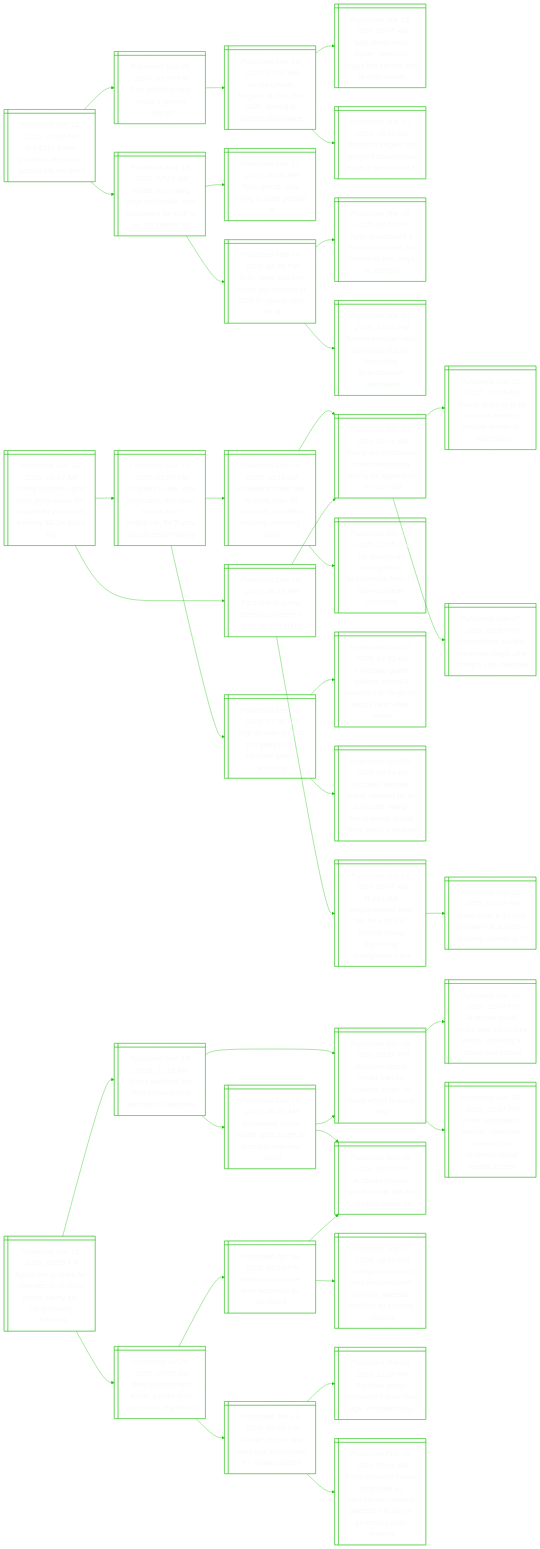
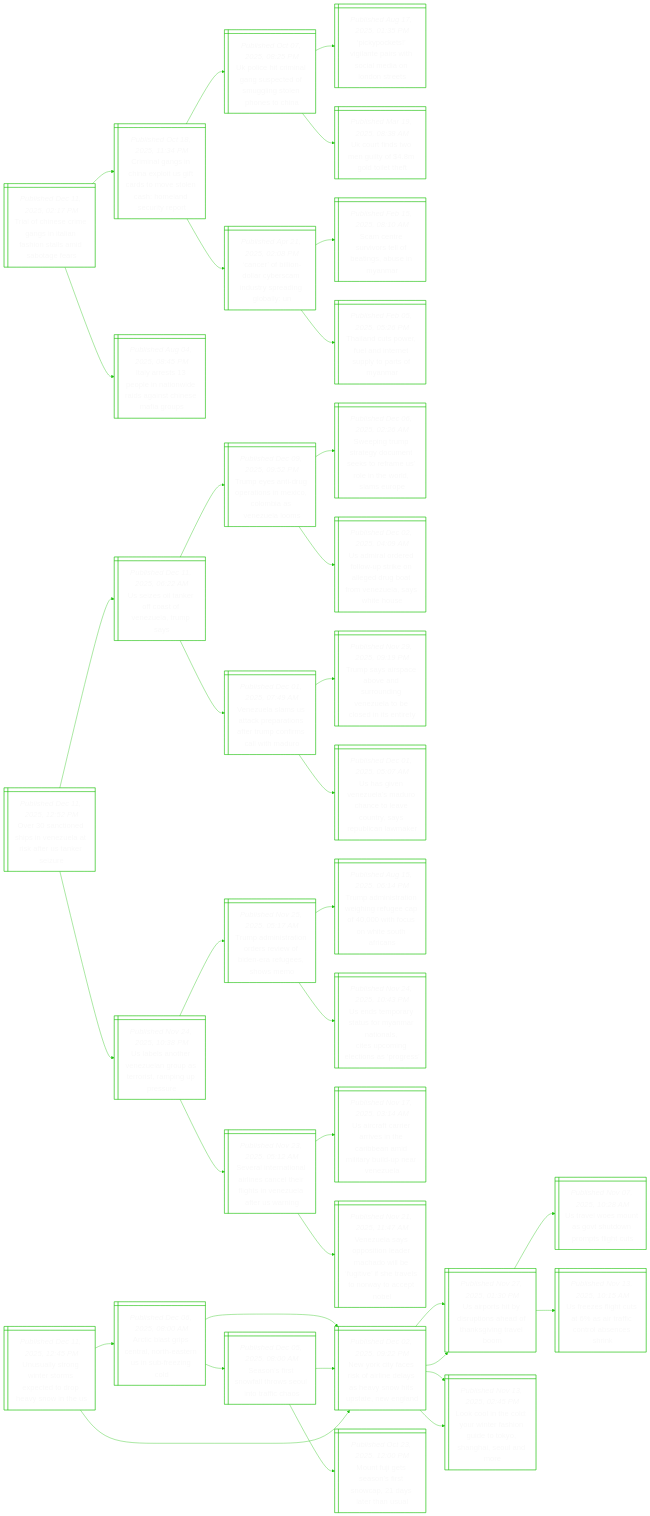
Before and after one commit to notJmes/notJmes: the diagram in README.md, drawn with Mermaid. The commit also changed other lines of this file, not shown here.

````diff
--- a/README.md
+++ b/README.md
@@ -16,124 +16,118 @@
 flowchart LR
 classDef txtsize font-size:20px;
 
-Alpecgnts@{ shape: win-pane, label: "_Published Dec 11, 2025, 10:40 AM_
-Ai’s $517 billion problem: are chips getting old too fast?" }
-CygNasa@{ shape: win-pane, label: "_Published Mar 21, 2024, 05:57 PM_
-Can anything stop nvidia’s jensen huang?" }
-NaiapiBnxda@{ shape: win-pane, label: "_Published Mar 19, 2024, 07:50 AM_
-Nvidia unveils flagship ai chip, the b200, aiming to extend dominance" }
-WteiituFries@{ shape: win-pane, label: "_Published Mar 19, 2024, 06:05 AM_
-Wall street ends higher, investors juggle fed nerves with ai enthusiasm" }
-Msisoseveni@{ shape: win-pane, label: "_Published Mar 15, 2024, 08:40 AM_
-Microsoft singles out google’s competitive edge in generative ai" }
-Nauaieltdhntel@{ shape: win-pane, label: "_Published Mar 19, 2025, 07:21 AM_
-Nvidia ceo huang says chipmaker well-positioned for shift in ai, but shares fall" }
-TisrtllI@{ shape: win-pane, label: "_Published Mar 17, 2025, 06:00 PM_
-Tech giants, stop trying to build godlike ai" }
-TaunrohnaeI@{ shape: win-pane, label: "_Published Mar 10, 2025, 02:35 PM_
-Tsmc sales quicken in first two months of 2025 in upbeat note for ai" }
-Tnmhrmowtaig@{ shape: win-pane, label: "_Published Mar 06, 2025, 08:50 PM_
-Tsmc investment a ‘historic moment’ for taiwan-us ties, says lai ching-te" }
-TnsansMoAcern@{ shape: win-pane, label: "_Published Mar 04, 2025, 12:40 PM_
-Taiwan minister says concerns of tsmc becoming americanised overblown" }
+Tonranissssaa@{ shape: win-pane, label: "_Published Dec 11, 2025, 02:17 PM_
+Trial of chinese crime gangs in italian fashion stalls amid sabotage fears" }
+CnnCeiirmtconurt@{ shape: win-pane, label: "_Published Oct 18, 2025, 11:34 PM_
+Criminal gangs in china exploit us gift cards to move stolen cash: homeland security report" }
+Uitiasemiohtn@{ shape: win-pane, label: "_Published Oct 07, 2025, 08:25 PM_
+Uk police hit criminal gang suspected of smuggling stolen phones to china" }
+Pptiesslants@{ shape: win-pane, label: "_Published Aug 17, 2025, 01:35 PM_
+‘pickypockets!’ vigilante pairs with social media on london streets" }
+Urdmifdef@{ shape: win-pane, label: "_Published Mar 19, 2025, 08:38 AM_
+Uk court finds two men guilty of $4.8m gold toilet theft" }
+CrldrritrnbU@{ shape: win-pane, label: "_Published Apr 21, 2025, 02:08 PM_
+‘cancer’ of billion-dollar cyberscam industry spreading globally: un" }
+SesvebnuMa@{ shape: win-pane, label: "_Published Feb 15, 2025, 08:10 AM_
+Scam centre survivors tell of beatings, abuse in myanmar" }
+Tatelneppon@{ shape: win-pane, label: "_Published Feb 05, 2025, 05:26 PM_
+Thailand cuts power, fuel and internet supply to parts of myanmar" }
+Iatpnnrasnar@{ shape: win-pane, label: "_Published Aug 04, 2025, 08:45 PM_
+Italy arrests 13 people in nationwide raids against chinese mafia groups" }
 
-Alpecgnts:::txtsize --> CygNasa:::txtsize
-CygNasa:::txtsize --> NaiapiBnxda:::txtsize
-NaiapiBnxda:::txtsize --> WteiituFries:::txtsize
-NaiapiBnxda:::txtsize --> Msisoseveni:::txtsize
-Alpecgnts:::txtsize --> Nauaieltdhntel:::txtsize
-Nauaieltdhntel:::txtsize --> TisrtllI:::txtsize
-Nauaieltdhntel:::txtsize --> TaunrohnaeI:::txtsize
-TaunrohnaeI:::txtsize --> Tnmhrmowtaig:::txtsize
-TaunrohnaeI:::txtsize --> TnsansMoAcern:::txtsize
+Tonranissssaa:::txtsize --> CnnCeiirmtconurt:::txtsize
+CnnCeiirmtconurt:::txtsize --> Uitiasemiohtn:::txtsize
+Uitiasemiohtn:::txtsize --> Pptiesslants:::txtsize
+Uitiasemiohtn:::txtsize --> Urdmifdef:::txtsize
+CnnCeiirmtconurt:::txtsize --> CrldrritrnbU:::txtsize
+CrldrritrnbU:::txtsize --> SesvebnuMa:::txtsize
+CrldrritrnbU:::txtsize --> Tatelneppon:::txtsize
+Tonranissssaa:::txtsize --> Iatpnnrasnar:::txtsize
 
-Tlhldrfpeahrra@{ shape: win-pane, label: "_Published Dec 11, 2025, 09:47 AM_
-Trump launches gold card programme for expedited visas with a nearly $1.3m price tag" }
-UnsAisuvoogeeceiy@{ shape: win-pane, label: "_Published Dec 10, 2025, 05:50 PM_
-Us plans to ask esta applicants, including visitors from singapore, for 5-year social media history" }
-Ueaaoansletry@{ shape: win-pane, label: "_Published Dec 05, 2025, 10:11 AM_
-Us widens travel ban to more than 30 countries, homeland security secretary says" }
-TaitrectfpnHa@{ shape: win-pane, label: "_Published Dec 04, 2025, 08:25 AM_
-Trump administration orders enhanced vetting for applicants of h-1b visa" }
-Uslgolirnpoi@{ shape: win-pane, label: "_Published Dec 03, 2025, 10:35 AM_
-Us pauses all immigration applications from 19 non-european countries" }
-Anlnintldt@{ shape: win-pane, label: "_Published Dec 03, 2025, 07:30 AM_
-Afghan man pleads not guilty in us national guard shooting" }
-Nnalsiydttteiu@{ shape: win-pane, label: "_Published Nov 27, 2025, 04:33 AM_
-2 national guard soldiers critically wounded in ‘targeted’ attack near white house" }
-AeiGakcmrgmtairgo@{ shape: win-pane, label: "_Published Nov 29, 2025, 09:44 AM_
-Accused national guard attacker faces us murder charge; trump wants to halt ‘third world’ migration" }
-Fhrecrvvu@{ shape: win-pane, label: "_Published Dec 10, 2025, 08:45 PM_
-Fact-check group ‘deeply concerned’ over us visa curbs" }
-TaitrectfpnHa@{ shape: win-pane, label: "_Published Dec 04, 2025, 08:25 AM_
-Trump administration orders enhanced vetting for applicants of h-1b visa" }
-Tddisepooes@{ shape: win-pane, label: "_Published Nov 12, 2025, 10:39 AM_
-Trump defends h-1b visas as needed despite moves to raise costs" }
-Innuemrfrvvu@{ shape: win-pane, label: "_Published Nov 17, 2025, 02:30 PM_
-International student enrolment drops after trump’s visa overhaul" }
-HlgeetUdtmhniil@{ shape: win-pane, label: "_Published Oct 13, 2025, 06:00 AM_
-H-1b1 still singaporeans’ best bet for a us job, despite trump tightening immigration rules" }
-Wsvrmdspgt@{ shape: win-pane, label: "_Published Sep 21, 2025, 03:45 PM_
-What is us’ h-1b visa programme and how is trump changing it?" }
+Oaohnzakrnee@{ shape: win-pane, label: "_Published Dec 11, 2025, 12:52 PM_
+Over 30 sanctioned ships in venezuela at risk after us tanker seizure" }
+Uzlecoeap@{ shape: win-pane, label: "_Published Dec 11, 2025, 06:22 AM_
+Us seizes oil tanker off coast of venezuela, trump says" }
+TenurneCbVuo@{ shape: win-pane, label: "_Published Dec 09, 2025, 09:52 PM_
+Trump eyes anti-drug operations in mexico, colombia as venezuela looms" }
+Siurymeoarnolu@{ shape: win-pane, label: "_Published Dec 06, 2025, 02:26 AM_
+Sweeping trump strategy document seeks to reframe us’ role in the world, slams europe" }
+Uirdotoeramzsho@{ shape: win-pane, label: "_Published Dec 02, 2025, 04:09 AM_
+Us admiral ordered follow-up strike on alleged drug boat from venezuela, says white house" }
+VulScpifromlMo@{ shape: win-pane, label: "_Published Dec 01, 2025, 07:49 AM_
+Venezuela slams us attack preparations after trump confirms call with maduro" }
+Tsicvsugztliee@{ shape: win-pane, label: "_Published Nov 29, 2025, 09:19 PM_
+Trump says airspace above and surrounding venezuela to be closed in its entirety" }
+UgVuMoceoyRllk@{ shape: win-pane, label: "_Published Dec 01, 2025, 05:07 AM_
+Us has given venezuela’s maduro chance to leave country, says republican lawmaker" }
+UeoVugartipu@{ shape: win-pane, label: "_Published Nov 24, 2025, 10:38 PM_
+Us labels another venezuelan group as terrorist, ramping up pressure" }
+Taitrrwdaghe@{ shape: win-pane, label: "_Published Nov 25, 2025, 05:17 AM_
+Trump administration orders review of biden-era refugees, shows memo" }
+TaitenuaicwSAa@{ shape: win-pane, label: "_Published Aug 15, 2025, 06:14 PM_
+Trump administration weighing refugee cap of 40,000 with focus on white south africans" }
+Usossyrocuienrs@{ shape: win-pane, label: "_Published Nov 24, 2025, 10:43 PM_
+Us ends temporary status for myanmar nationals, cites upcoming elections as ‘progress’" }
+Saeiannhlsnleag@{ shape: win-pane, label: "_Published Nov 23, 2025, 05:12 AM_
+Several international airlines cancel their flights in venezuela after us warning" }
+Ucceinaeiiburz@{ shape: win-pane, label: "_Published Nov 17, 2025, 03:14 AM_
+Us aircraft carrier arrives in the caribbean amid military build-up near venezuela" }
+Vuapiaaobiitloteb@{ shape: win-pane, label: "_Published Nov 21, 2025, 11:47 AM_
+Venezuela says opposition leader machado will be ‘fugitive’ if she travels to norway to accept nobel" }
 
-Tlhldrfpeahrra:::txtsize --> UnsAisuvoogeeceiy:::txtsize
-UnsAisuvoogeeceiy:::txtsize --> Ueaaoansletry:::txtsize
-Ueaaoansletry:::txtsize --> TaitrectfpnHa:::txtsize
-Ueaaoansletry:::txtsize --> Uslgolirnpoi:::txtsize
-UnsAisuvoogeeceiy:::txtsize --> Anlnintldt:::txtsize
-Anlnintldt:::txtsize --> Nnalsiydttteiu:::txtsize
-Anlnintldt:::txtsize --> AeiGakcmrgmtairgo:::txtsize
-Tlhldrfpeahrra:::txtsize --> Fhrecrvvu:::txtsize
-Fhrecrvvu:::txtsize --> TaitrectfpnHa:::txtsize
-TaitrectfpnHa:::txtsize --> Tddisepooes:::txtsize
-TaitrectfpnHa:::txtsize --> Innuemrfrvvu:::txtsize
-Fhrecrvvu:::txtsize --> HlgeetUdtmhniil:::txtsize
-HlgeetUdtmhniil:::txtsize --> Wsvrmdspgt:::txtsize
+Oaohnzakrnee:::txtsize --> Uzlecoeap:::txtsize
+Uzlecoeap:::txtsize --> TenurneCbVuo:::txtsize
+TenurneCbVuo:::txtsize --> Siurymeoarnolu:::txtsize
+TenurneCbVuo:::txtsize --> Uirdotoeramzsho:::txtsize
+Uzlecoeap:::txtsize --> VulScpifromlMo:::txtsize
+VulScpifromlMo:::txtsize --> Tsicvsugztliee:::txtsize
+VulScpifromlMo:::txtsize --> UgVuMoceoyRllk:::txtsize
+Oaohnzakrnee:::txtsize --> UeoVugartipu:::txtsize
+UeoVugartipu:::txtsize --> Taitrrwdaghe:::txtsize
+Taitrrwdaghe:::txtsize --> TaitenuaicwSAa:::txtsize
+Taitrrwdaghe:::txtsize --> Usossyrocuienrs:::txtsize
+UeoVugartipu:::txtsize --> Saeiannhlsnleag:::txtsize
+Saeiannhlsnleag:::txtsize --> Ucceinaeiiburz:::txtsize
+Saeiannhlsnleag:::txtsize --> Vuapiaaobiitloteb:::txtsize
 
-ACsonnilaBipcc@{ shape: win-pane, label: "_Published Dec 11, 2025, 09:25 AM_
-Apple ceo pushes for changes in us child online safety bill, citing privacy concerns" }
-Wwesnaisita@{ shape: win-pane, label: "_Published Dec 10, 2025, 11:15 AM_
-World watches first teen social media ban start in australia" }
-Aaombrdnafils@{ shape: win-pane, label: "_Published Dec 09, 2025, 09:32 PM_
-Australia social media ban for children under 16 takes effect in world first" }
-Aaombtkeagbaw@{ shape: win-pane, label: "_Published Dec 09, 2025, 12:07 PM_
-Australia social media ban set to take effect, sparking a global crackdown" }
-FulEetmocromas@{ shape: win-pane, label: "_Published Dec 09, 2025, 12:37 PM_
-From australia to europe, countries move to curb children’s social media access" }
-Aneaisesint@{ shape: win-pane, label: "_Published Dec 10, 2025, 08:20 AM_
-Alternative social media apps surge as australia teen ban starts" }
-Aaaslaolu@{ shape: win-pane, label: "_Published Nov 28, 2024, 08:33 PM_
-Australia passes social media ban for children under 16" }
-Aaombrdnafils@{ shape: win-pane, label: "_Published Dec 09, 2025, 09:32 PM_
-Australia social media ban for children under 16 takes effect in world first" }
-MlsAGeaegt@{ shape: win-pane, label: "_Published Jul 26, 2025, 07:59 AM_
-Meta clashes with apple, google over age check legislation" }
-MootctFo@{ shape: win-pane, label: "_Published Apr 08, 2025, 07:15 PM_
-Meta to introduce teen accounts for facebook" }
-Igounuiiptnsryt@{ shape: win-pane, label: "_Published Sep 17, 2024, 08:50 PM_
-Instagram rolls out teen accounts with privacy, parental controls as scrutiny mounts" }
-Aaaslaolu@{ shape: win-pane, label: "_Published Nov 28, 2024, 08:33 PM_
-Australia passes social media ban for children under 16" }
-Gecpeecnncn@{ shape: win-pane, label: "_Published Jun 13, 2025, 07:40 PM_
-Google rejects app store age verification for online content" }
-Puesscrecn@{ shape: win-pane, label: "_Published Jun 03, 2025, 11:16 PM_
-Pornhub owner pressures france over age verification law" }
-Pnaigduootnlitnsr@{ shape: win-pane, label: "_Published Feb 09, 2025, 05:00 AM_
-Porn on social media disguised as educational content; parents’ role key in protecting kids: experts" }
+UatwrmetpyiU@{ shape: win-pane, label: "_Published Dec 11, 2025, 12:45 PM_
+Unusually strong winter storms expected to drop heavy snow in the us" }
+ActsrrsUuec@{ shape: win-pane, label: "_Published Dec 06, 2025, 08:00 AM_
+Arctic blast grips central, north-eastern us in sub-freezing cold" }
+NrysoleavwutEn@{ shape: win-pane, label: "_Published Dec 02, 2025, 09:22 PM_
+New york city faces risk of airline delays as heavy snow hits upstate, new england" }
+Uphdpsdaitl@{ shape: win-pane, label: "_Published Nov 27, 2025, 01:30 PM_
+Us airports hit by disruptions ahead of thanksgiving travel boom" }
+Lotlrehuoogene@{ shape: win-pane, label: "_Published Nov 13, 2025, 02:45 PM_
+Look cool in the cold: your winter fashion guide to tokyo, shanghai, seoul and more" }
+Snswtsltio@{ shape: win-pane, label: "_Published Dec 05, 2025, 08:00 AM_
+Season’s first snowfall throws seoul into traffic chaos" }
+MFeafsasru@{ shape: win-pane, label: "_Published Oct 23, 2025, 12:00 PM_
+Mount fuji gets season’s first snowcap, 21 days later than usual" }
+NrysoleavwutEn@{ shape: win-pane, label: "_Published Dec 02, 2025, 09:22 PM_
+New york city faces risk of airline delays as heavy snow hits upstate, new england" }
+NrysoleavwutEn@{ shape: win-pane, label: "_Published Dec 02, 2025, 09:22 PM_
+New york city faces risk of airline delays as heavy snow hits upstate, new england" }
+Uphdpsdaitl@{ shape: win-pane, label: "_Published Nov 27, 2025, 01:30 PM_
+Us airports hit by disruptions ahead of thanksgiving travel boom" }
+Uvenounpiu@{ shape: win-pane, label: "_Published Nov 07, 2025, 10:28 AM_
+Us travel woes mount as govt shutdown prompts flight cuts" }
+Uelctrfnacr@{ shape: win-pane, label: "_Published Nov 13, 2025, 10:15 AM_
+Us freezes flight cuts at 6% as air traffic control absences shrink" }
+Lotlrehuoogene@{ shape: win-pane, label: "_Published Nov 13, 2025, 02:45 PM_
+Look cool in the cold: your winter fashion guide to tokyo, shanghai, seoul and more" }
 
-ACsonnilaBipcc:::txtsize --> Wwesnaisita:::txtsize
-Wwesnaisita:::txtsize --> Aaombrdnafils:::txtsize
-Aaombrdnafils:::txtsize --> Aaombtkeagbaw:::txtsize
-Aaombrdnafils:::txtsize --> FulEetmocromas:::txtsize
-Wwesnaisita:::txtsize --> Aneaisesint:::txtsize
-Aneaisesint:::txtsize --> Aaaslaolu:::txtsize
-Aneaisesint:::txtsize --> Aaombrdnafils:::txtsize
-ACsonnilaBipcc:::txtsize --> MlsAGeaegt:::txtsize
-MlsAGeaegt:::txtsize --> MootctFo:::txtsize
-MootctFo:::txtsize --> Igounuiiptnsryt:::txtsize
-MootctFo:::txtsize --> Aaaslaolu:::txtsize
-MlsAGeaegt:::txtsize --> Gecpeecnncn:::txtsize
-Gecpeecnncn:::txtsize --> Puesscrecn:::txtsize
-Gecpeecnncn:::txtsize --> Pnaigduootnlitnsr:::txtsize
+UatwrmetpyiU:::txtsize --> ActsrrsUuec:::txtsize
+ActsrrsUuec:::txtsize --> NrysoleavwutEn:::txtsize
+NrysoleavwutEn:::txtsize --> Uphdpsdaitl:::txtsize
+NrysoleavwutEn:::txtsize --> Lotlrehuoogene:::txtsize
+ActsrrsUuec:::txtsize --> Snswtsltio:::txtsize
+Snswtsltio:::txtsize --> MFeafsasru:::txtsize
+Snswtsltio:::txtsize --> NrysoleavwutEn:::txtsize
+UatwrmetpyiU:::txtsize --> NrysoleavwutEn:::txtsize
+NrysoleavwutEn:::txtsize --> Uphdpsdaitl:::txtsize
+Uphdpsdaitl:::txtsize --> Uvenounpiu:::txtsize
+Uphdpsdaitl:::txtsize --> Uelctrfnacr:::txtsize
+NrysoleavwutEn:::txtsize --> Lotlrehuoogene:::txtsize
 
 ```
````
